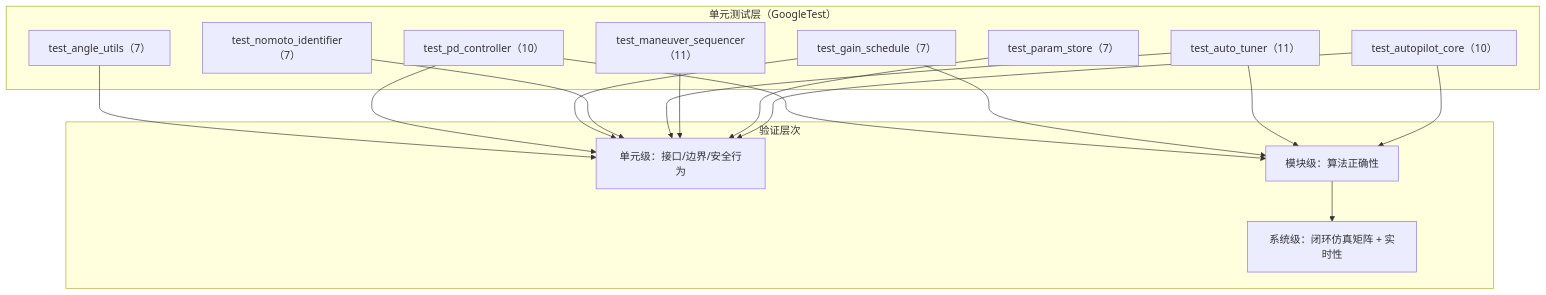
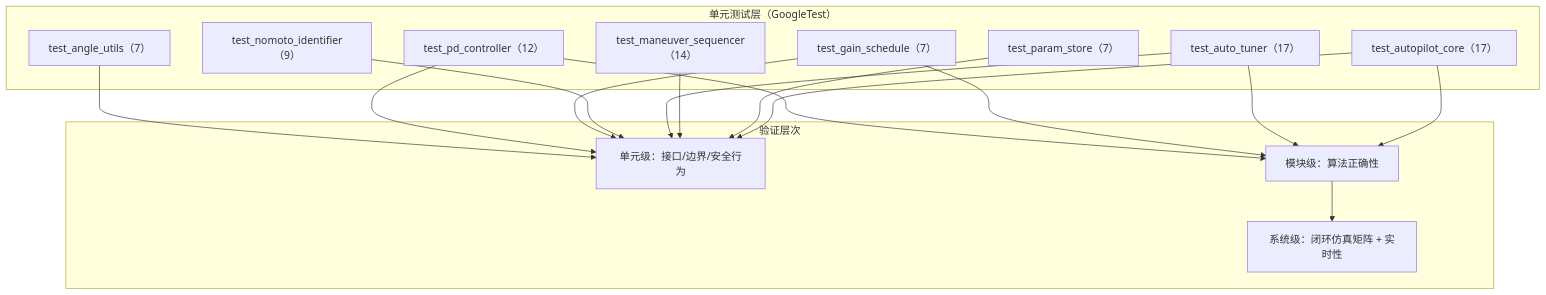
Before and after one commit to jimaka/auto_rudder: diagram 16 of 19 in 软件设计与架构文档.md, drawn with Mermaid. The commit also changed other lines of this file and 15 other files, not shown here.

````diff
--- a/软件设计与架构文档.md
+++ b/软件设计与架构文档.md
@@ -642,22 +805,22 @@
 ```mermaid
 graph TB
     subgraph UNIT["单元测试层（GoogleTest）"]
         A["test_angle_utils（7）"]
-        B["test_pd_controller（10）"]
+        B["test_pd_controller（12）"]
         C["test_gain_schedule（7）"]
-        D["test_nomoto_identifier（7）"]
-        E["test_auto_tuner（11）"]
-        F["test_maneuver_sequencer（11）"]
+        D["test_nomoto_identifier（9）"]
+        E["test_auto_tuner（17）"]
+        F["test_maneuver_sequencer（14）"]
         G["test_param_store（7）"]
-        H["test_autopilot_core（10）"]
+        H["test_autopilot_core（17）"]
     end
     subgraph LEVEL["验证层次"]
         L1["单元级：接口/边界/安全行为"]
         L2["模块级：算法正确性"]
         L3["系统级：闭环仿真矩阵 + 实时性"]
     end
     A & B & C & D & E & F & G & H --> L1
     B & C & E --> L2
     H --> L2
     L2 --> L3
 ```
````
